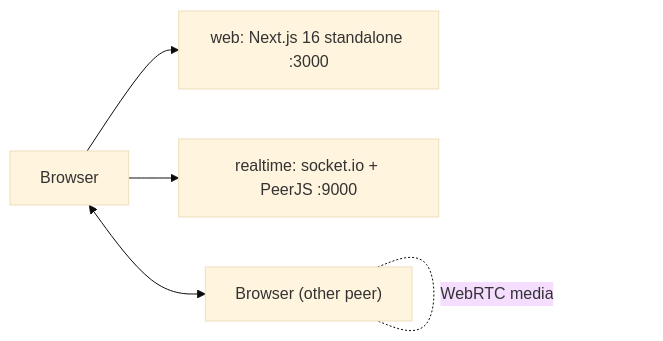
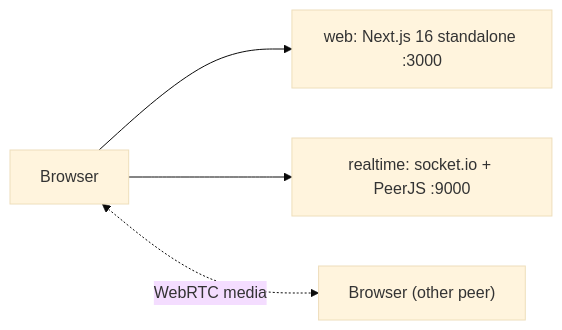
One commit to himanishpuri/livevitals changed the diagram in README.md. Above: the diagram before and after it, drawn with Mermaid (base theme). The commit also changed 3 other files, not shown here.

````diff
--- a/README.md
+++ b/README.md
@@ -49,7 +49,7 @@
 ```mermaid
 flowchart LR
     Browser["Browser"] --> Web["web: Next.js 16 standalone :3000"]
     Browser --> RT["realtime: socket.io + PeerJS :9000"]
     Browser2["Browser (other peer)"]
-    Browser <--> Browser2 -. "WebRTC media" .- Browser2
+    Browser <-.->|"WebRTC media"| Browser2
 ```
````
